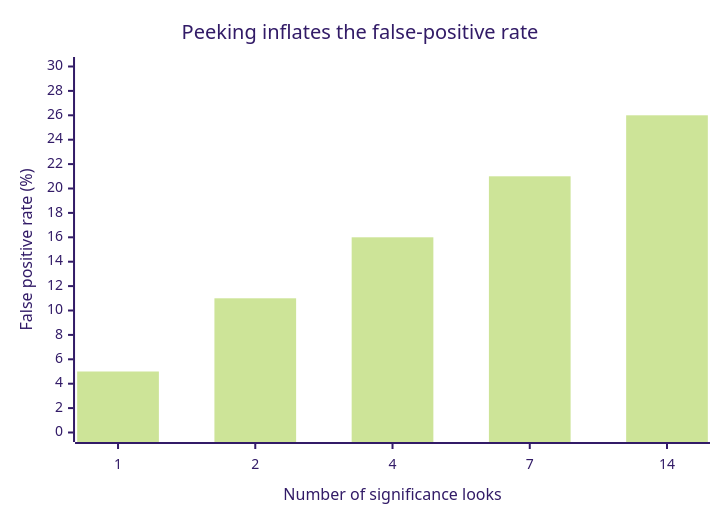
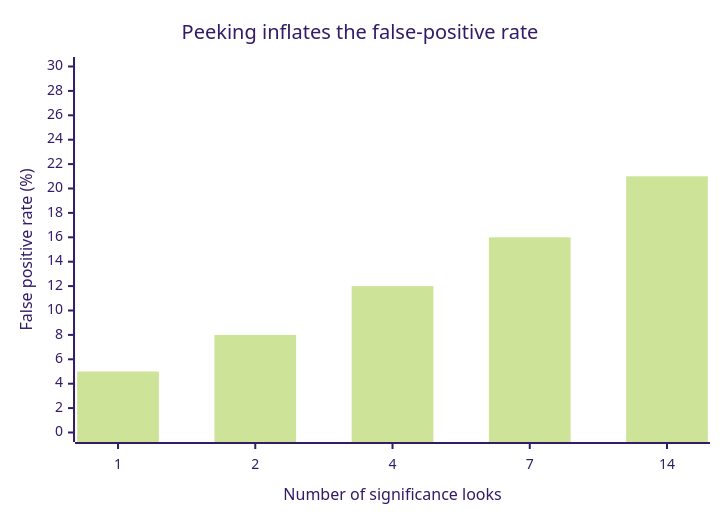
The third of 3 diagrams in src/main/java/com/rutik/systemdesign/ml/case_studies/cross_cutting/experimentation_and_online_evaluation.md (rppol/system-design), drawn with Mermaid (forest theme) before and after one commit. The commit also changed other lines of this file and 114 other files, not shown here.

````diff
--- a/src/main/java/com/rutik/systemdesign/ml/case_studies/cross_cutting/experimentation_and_online_evaluation.md
+++ b/src/main/java/com/rutik/systemdesign/ml/case_studies/cross_cutting/experimentation_and_online_evaluation.md
@@ -296,7 +299,7 @@
 ```mermaid
 xychart-beta
     title "Peeking inflates the false-positive rate"
     x-axis "Number of significance looks" [1, 2, 4, 7, 14]
     y-axis "False positive rate (%)" 0 --> 30
-    bar [5, 11, 16, 21, 26]
+    bar [5, 8, 12, 16, 21]
 ```
````
